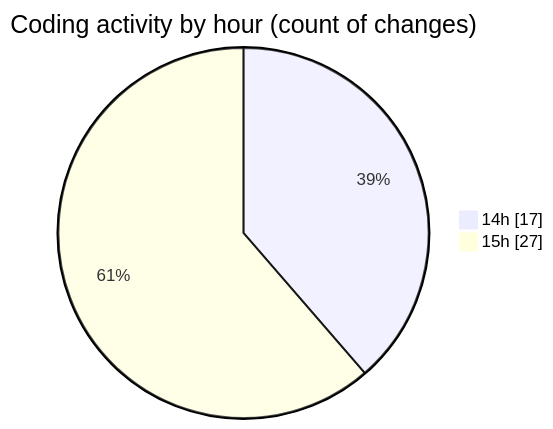
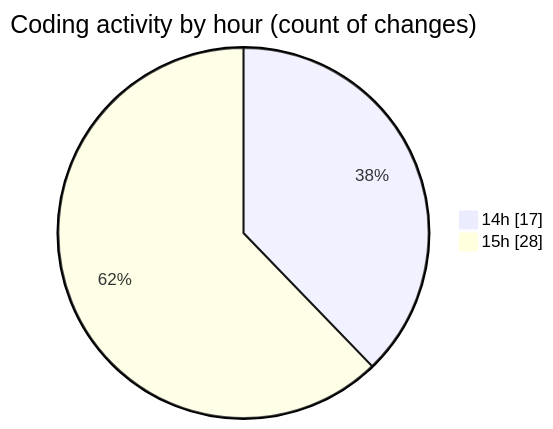
One commit to donsfak/code-tracking changed the second of 2 diagrams in 2025-04-10/trackers_app/README.md. Above: the diagram before and after it, drawn with Mermaid. The commit also changed other lines of this file and 1 other file, not shown here.

````diff
--- a/2025-04-10/trackers_app/README.md
+++ b/2025-04-10/trackers_app/README.md
@@ -42,6 +42,6 @@
 ```mermaid
 pie showData
 title Coding activity by hour (count of changes)
 "14h" : 17
-"15h" : 27
+"15h" : 28
 ```
````
